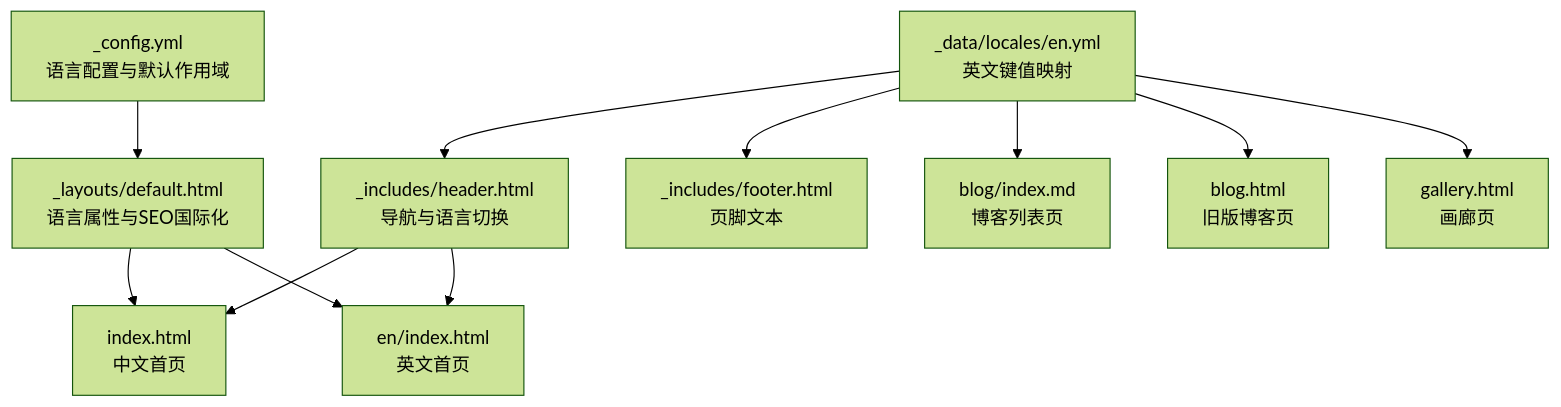
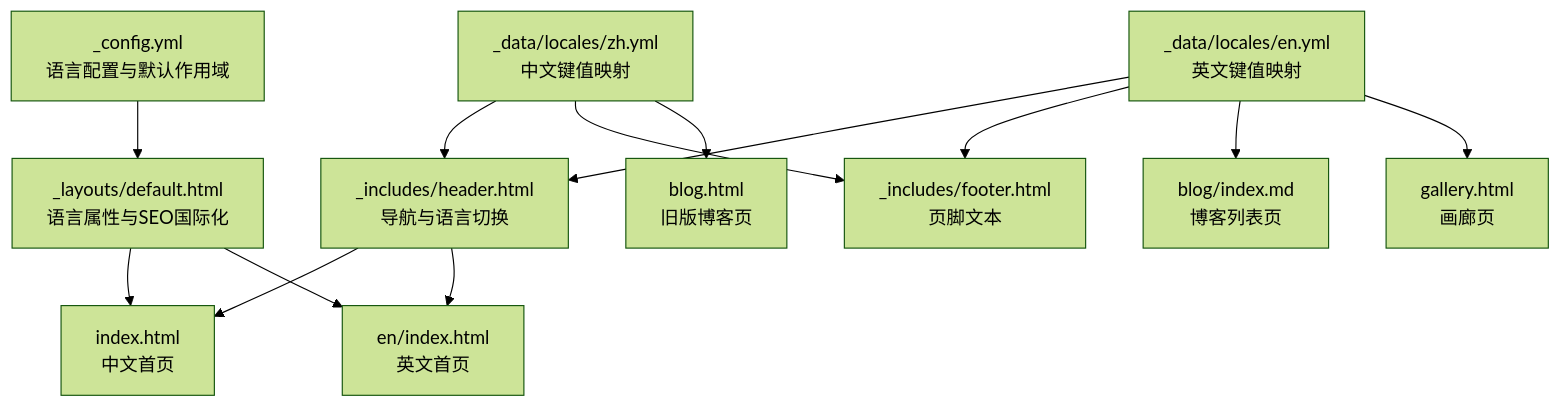
Before and after one commit to halfism/halfism.github.io: the first of 3 diagrams in .qoder/repowiki/zh/content/多语言支持系统.md, drawn with Mermaid (forest theme). The commit also changed other lines of this file and 4 other files, not shown here.

````diff
--- a/.qoder/repowiki/zh/content/多语言支持系统.md
+++ b/.qoder/repowiki/zh/content/多语言支持系统.md
@@ -44,13 +53,15 @@
 ```mermaid
 graph TB
 cfg["_config.yml<br/>语言配置与默认作用域"] --> layout["_layouts/default.html<br/>语言属性与SEO国际化"]
-data["_data/locales/en.yml<br/>英文键值映射"] --> header["_includes/header.html<br/>导航与语言切换"]
-data --> footer["_includes/footer.html<br/>页脚文本"]
-data --> blog_md["blog/index.md<br/>博客列表页"]
-data --> blog_html["blog.html<br/>旧版博客页"]
-data --> gallery["gallery.html<br/>画廊页"]
+data_en["_data/locales/en.yml<br/>英文键值映射"] --> header["_includes/header.html<br/>导航与语言切换"]
+data_zh["_data/locales/zh.yml<br/>中文键值映射"] --> header
+data_en --> footer["_includes/footer.html<br/>页脚文本"]
+data_zh --> footer
+data_en --> blog_md["blog/index.md<br/>博客列表页"]
+data_zh --> blog_html["blog.html<br/>旧版博客页"]
+data_en --> gallery["gallery.html<br/>画廊页"]
 header --> index_zh["index.html<br/>中文首页"]
 header --> index_en["en/index.html<br/>英文首页"]
 layout --> index_zh
 layout --> index_en
 ```
````
